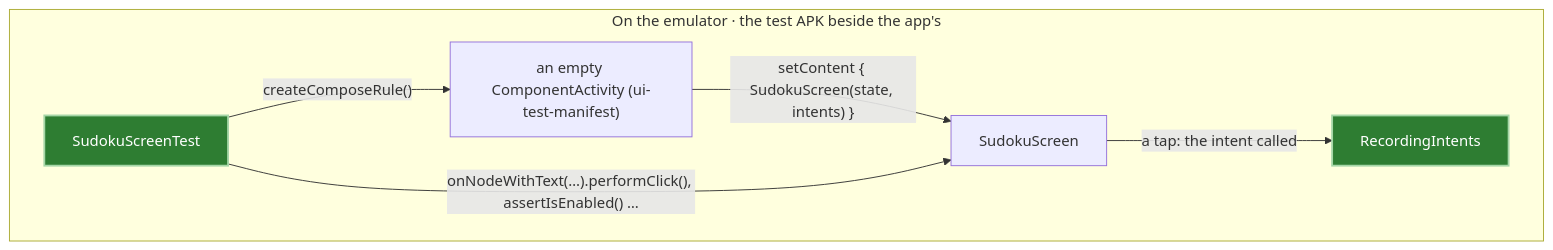
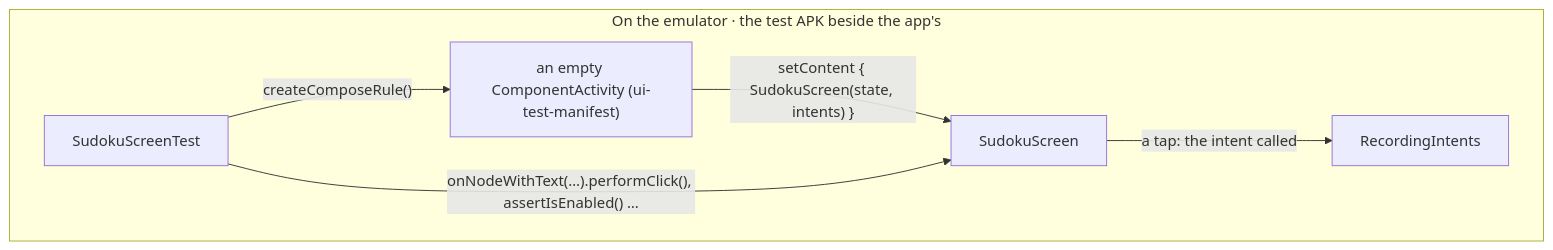
Before and after one commit to aivanov61/sudoku-solver: diagram 14 of 14 in android/docs/architecture.md, drawn with Mermaid. The commit also changed other lines of this file and 5 other files, not shown here.

````diff
--- a/android/docs/architecture.md
+++ b/android/docs/architecture.md
@@ -627,13 +622,10 @@
 ```mermaid
 flowchart LR
     subgraph Device["On the emulator · the test APK beside the app's"]
         direction LR
         SudokuScreenTest["SudokuScreenTest"] -- "createComposeRule()" --> Activity["an empty ComponentActivity (ui-test-manifest)"]
         Activity -- "setContent { SudokuScreen(state, intents) }" --> SudokuScreen
         SudokuScreen -- "a tap: the intent called" --> RecordingIntents["RecordingIntents"]
         SudokuScreenTest -- "onNodeWithText(…).performClick(), assertIsEnabled() …" --> SudokuScreen
     end
-
-    classDef new fill:#2e7d32,stroke:#a5d6a7,stroke-width:2px,color:#ffffff
-    class SudokuScreenTest,RecordingIntents new
 ```
````
